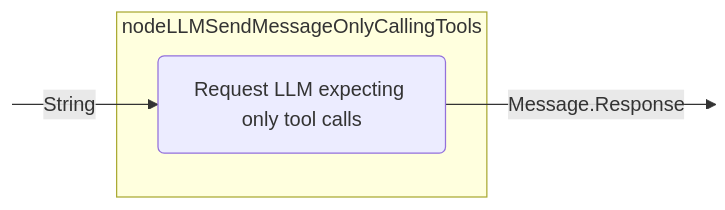
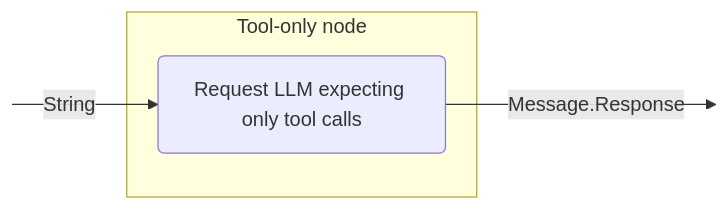
The fourth of 15 diagrams in docs/docs/nodes-and-components.md (JetBrains/koog), drawn with Mermaid before and after one commit. The commit also changed other lines of this file and 1 other file, not shown here.

````diff
--- a/docs/docs/nodes-and-components.md
+++ b/docs/docs/nodes-and-components.md
@@ -256,13 +257,13 @@
 ```mermaid
 graph LR
     in:::hidden
     out:::hidden
     
-    subgraph node ["nodeLLMSendMessageOnlyCallingTools"]
+    subgraph node ["Tool-only node"]
         execute(Request LLM expecting only tool calls)
     end
     
     in --String--> execute --Message.Response--> out
 
     classDef hidden display: none;
 ```
````
